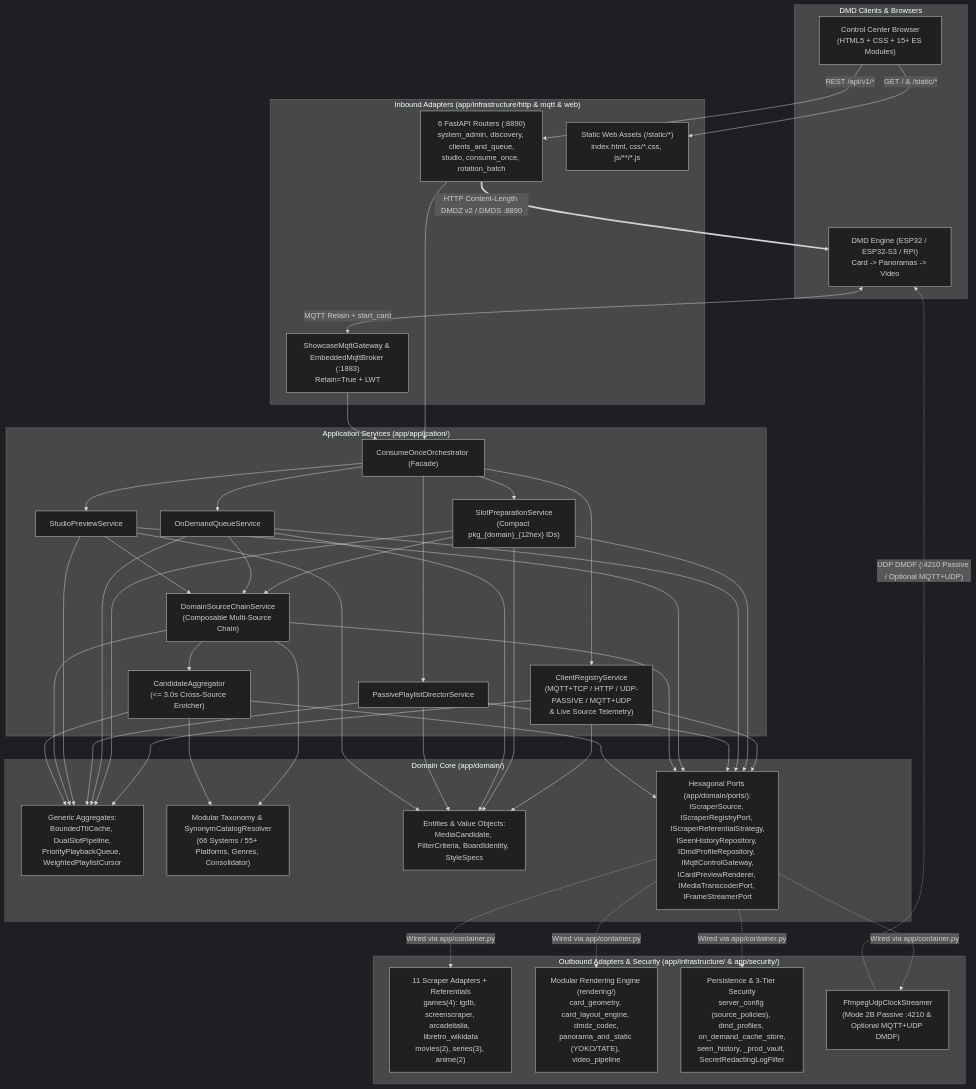
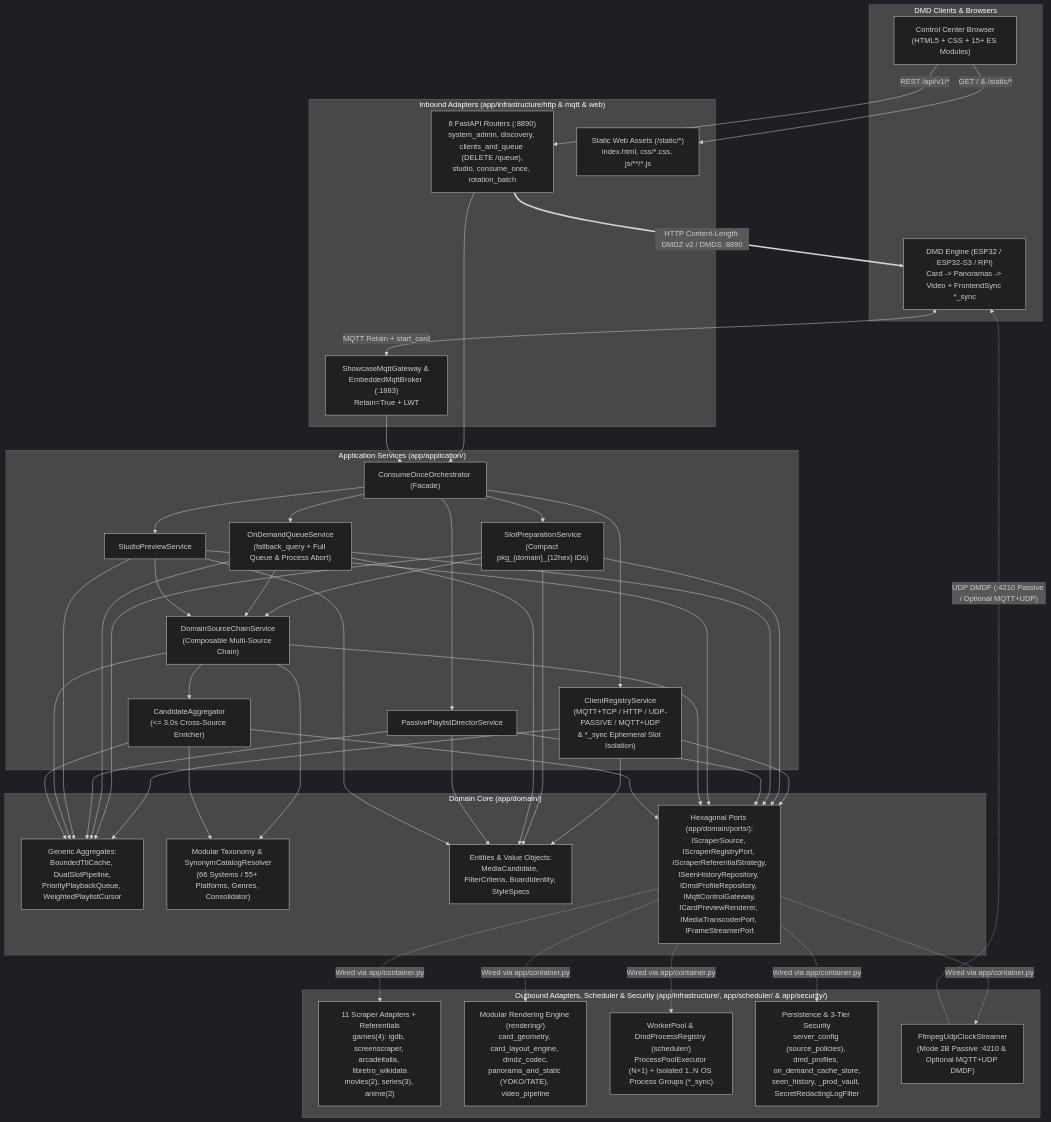
Before and after one commit to red77290/dmd_media_showcase: the first of 2 diagrams in docs/ARCHITECTURE.md, drawn with Mermaid (dark theme). The commit also changed other lines of this file and 17 other files, not shown here.

Commit message:
docs(frontend-sync): document per-DMD conversion process abort protocol, diagrams, and examples

````diff
--- a/docs/ARCHITECTURE.md
+++ b/docs/ARCHITECTURE.md
@@ -18,52 +18,53 @@
 ```mermaid
 flowchart TD
     subgraph DMD["DMD Clients & Browsers"]
         BROWSER["Control Center Browser\n(HTML5 + CSS + 15+ ES Modules)"]
-        ENG["DMD Engine (ESP32 / ESP32-S3 / RPi)\nCard -> Panoramas -> Video"]
+        ENG["DMD Engine (ESP32 / ESP32-S3 / RPi)\nCard -> Panoramas -> Video + FrontendSync *_sync"]
     end
 
     subgraph INFRA_IN["Inbound Adapters (app/infrastructure/http & mqtt & web)"]
-        ROUTERS["6 FastAPI Routers (:8890)\nsystem_admin, discovery, clients_and_queue,\nstudio, consume_once, rotation_batch"]
+        ROUTERS["6 FastAPI Routers (:8890)\nsystem_admin, discovery, clients_and_queue (DELETE /queue),\nstudio, consume_once, rotation_batch"]
         STATIC["Static Web Assets (/static/*)\nindex.html, css/*.css, js/**/*.js"]
         MQTT["ShowcaseMqttGateway & EmbeddedMqttBroker (:1883)\nRetain=True + LWT"]
     end
 
     subgraph APP["Application Services (app/application/)"]
         ORCH["ConsumeOnceOrchestrator (Facade)"]
-        REG_SVC["ClientRegistryService\n(MQTT+TCP / HTTP / UDP-PASSIVE / MQTT+UDP\n& Live Source Telemetry)"]
+        REG_SVC["ClientRegistryService\n(MQTT+TCP / HTTP / UDP-PASSIVE / MQTT+UDP\n& *_sync Ephemeral Slot Isolation)"]
         PREP_SVC["SlotPreparationService\n(Compact pkg_{domain}_{12hex} IDs)"]
-        QUEUE_SVC["OnDemandQueueService"]
+        QUEUE_SVC["OnDemandQueueService\n(fallback_query + Full Queue & Process Abort)"]
         DIR_SVC["PassivePlaylistDirectorService"]
         STUDIO_SVC["StudioPreviewService"]
         CHAIN["DomainSourceChainService\n(Composable Multi-Source Chain)"]
         AGG_SVC["CandidateAggregator\n(<= 3.0s Cross-Source Enricher)"]
     end
 
     subgraph DOMAIN["Domain Core (app/domain/)"]
         AGG["Generic Aggregates:\nBoundedTtlCache, DualSlotPipeline,\nPriorityPlaybackQueue, WeightedPlaylistCursor"]
         TAX["Modular Taxonomy & SynonymCatalogResolver\n(66 Systems / 55+ Platforms, Genres, Consolidator)"]
         VO["Entities & Value Objects:\nMediaCandidate, FilterCriteria, BoardIdentity, StyleSpecs"]
         PORTS["Hexagonal Ports (app/domain/ports/):\nIScraperSource, IScraperRegistryPort, IScraperReferentialStrategy,\nISeenHistoryRepository, IDmdProfileRepository, IMqttControlGateway,\nICardPreviewRenderer, IMediaTranscoderPort, IFrameStreamerPort"]
     end
 
-    subgraph INFRA_OUT["Outbound Adapters & Security (app/infrastructure/ & app/security/)"]
+    subgraph INFRA_OUT["Outbound Adapters, Scheduler & Security (app/infrastructure/, app/scheduler/ & app/security/)"]
         SCRAPERS["11 Scraper Adapters + Referentials\ngames(4): igdb, screenscraper, arcadeitalia, libretro_wikidata\nmovies(2), series(3), anime(2)"]
         RENDER["Modular Rendering Engine (rendering/)\ncard_geometry, card_layout_engine, dmdz_codec,\npanorama_and_static (YOKO/TATE), video_pipeline"]
+        SCHED["WorkerPool & DmdProcessRegistry (scheduler/)\nProcessPoolExecutor (N+1) + Isolated 1..N OS Process Groups (*_sync)"]
         PERSIST["Persistence & 3-Tier Security\nserver_config (source_policies), dmd_profiles, on_demand_cache_store,\nseen_history, _prod_vault, SecretRedactingLogFilter"]
         UDP["FfmpegUdpClockStreamer\n(Mode 2B Passive :4210 & Optional MQTT+UDP DMDF)"]
     end
 
     BROWSER -->|"GET / & /static/*"| STATIC
     BROWSER -->|"REST /api/v1/*"| ROUTERS
     ENG <-->|"MQTT Retain + start_card"| MQTT
     ROUTERS ==>|"HTTP Content-Length DMDZ v2 / DMDS :8890"| ENG
     ROUTERS --> ORCH
     MQTT --> ORCH
     ORCH --> REG_SVC & PREP_SVC & QUEUE_SVC & DIR_SVC & STUDIO_SVC
     PREP_SVC & QUEUE_SVC & STUDIO_SVC --> CHAIN
     CHAIN --> AGG_SVC
     REG_SVC & PREP_SVC & QUEUE_SVC & DIR_SVC & STUDIO_SVC --> AGG & VO & PORTS
     CHAIN & AGG_SVC --> TAX & AGG & PORTS
-    PORTS -.->|"Wired via app/container.py"| SCRAPERS & RENDER & PERSIST & UDP
+    PORTS -.->|"Wired via app/container.py"| SCRAPERS & RENDER & SCHED & PERSIST & UDP
     UDP -.->|"UDP DMDF (:4210 Passive / Optional MQTT+UDP)"| ENG
 ```
````
